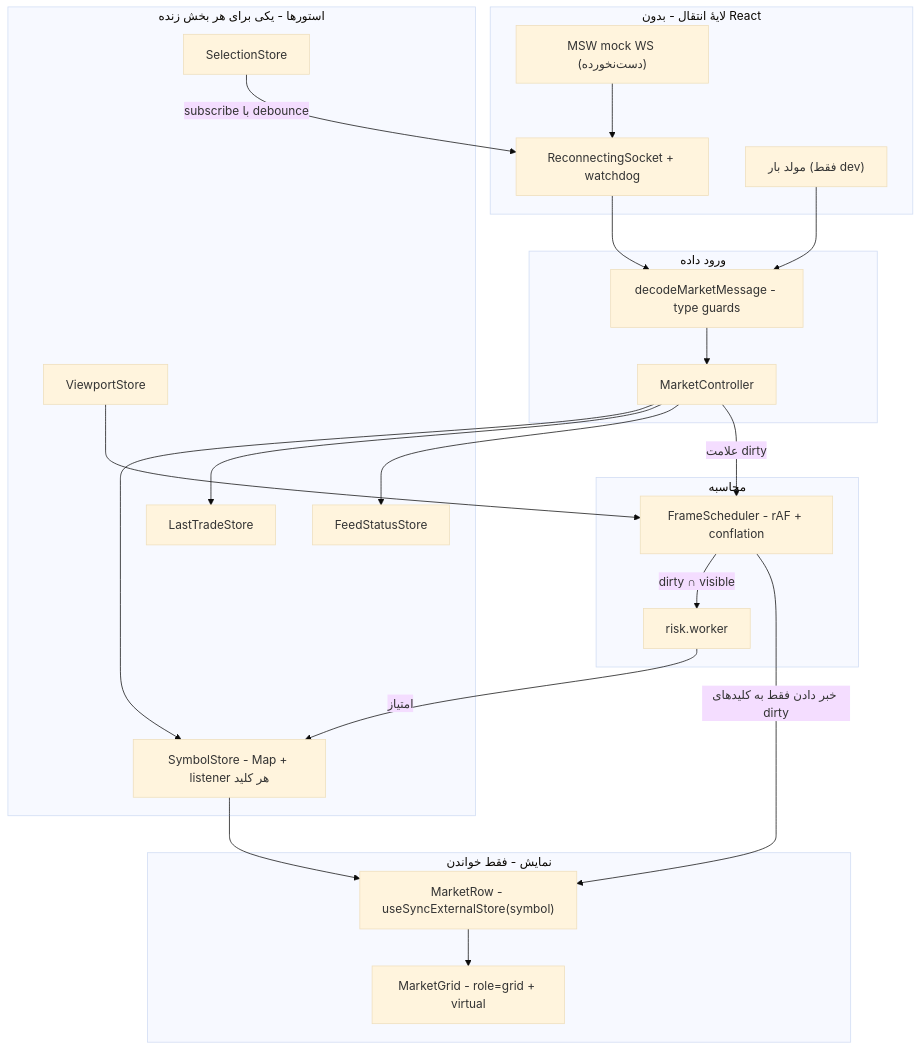
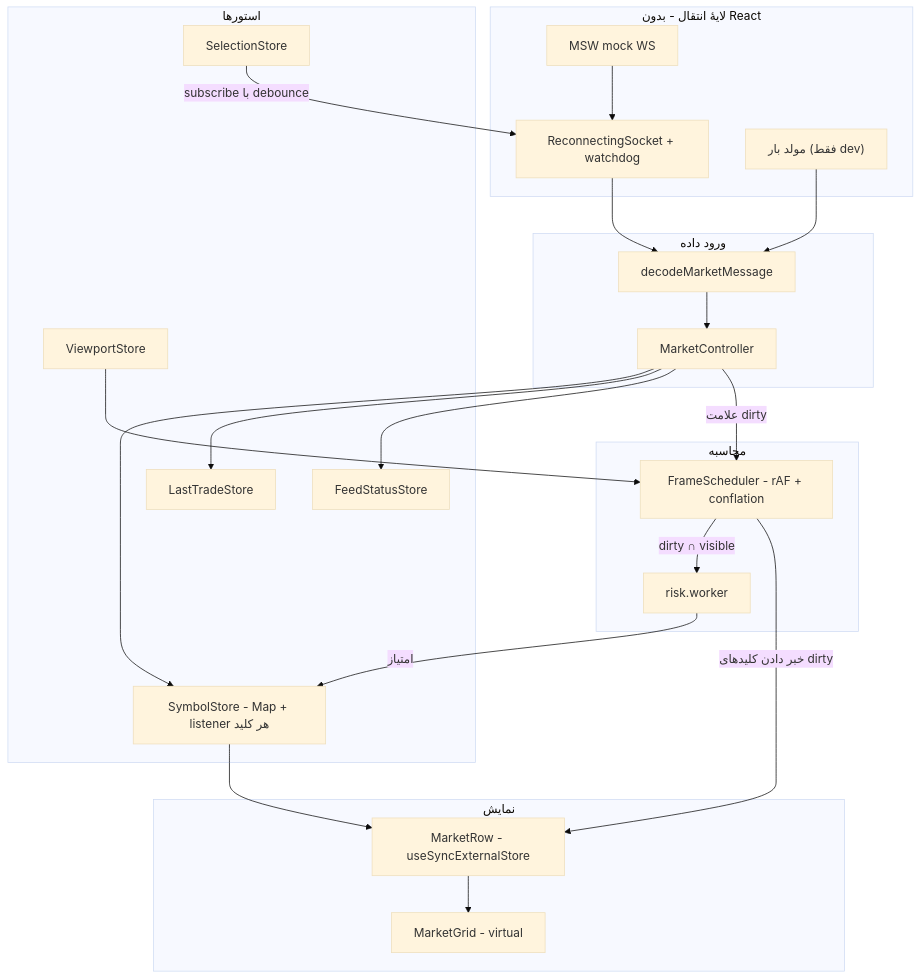
The diagram in ARCHITECTURE.md (soheilhasanjani/charisma), drawn with Mermaid (base theme) before and after one commit. The commit also changed other lines of this file and 8 other files, not shown here.

First line of the commit message:
docs: update architecture documentation for clarity and accuracy

````diff
--- a/ARCHITECTURE.md
+++ b/ARCHITECTURE.md
@@ -24,42 +24,42 @@
 ```mermaid
 flowchart TB
     subgraph transport [لایهٔ انتقال - بدون React]
-      MSW["MSW mock WS (دست‌نخورده)"]
+      MSW["MSW mock WS"]
       Socket["ReconnectingSocket + watchdog"]
       LoadGen["مولد بار (فقط dev)"]
     end
     subgraph ingest [ورود داده]
-      Decode["decodeMarketMessage - type guards"]
+      Decode["decodeMarketMessage"]
       Controller["MarketController"]
     end
-    subgraph state [استورها - یکی برای هر بخش زنده]
+    subgraph state [استورها]
       Symbols["SymbolStore - Map + listener هر کلید"]
       Trade["LastTradeStore"]
       Status["FeedStatusStore"]
       Selection["SelectionStore"]
       Viewport["ViewportStore"]
     end
     subgraph compute [محاسبه]
       Sched["FrameScheduler - rAF + conflation"]
       Worker["risk.worker"]
     end
-    subgraph view [نمایش - فقط خواندن]
-      Grid["MarketGrid - role=grid + virtual"]
-      Row["MarketRow - useSyncExternalStore(symbol)"]
+    subgraph view [نمایش]
+      Grid["MarketGrid - virtual"]
+      Row["MarketRow - useSyncExternalStore"]
     end
 
     MSW --> Socket --> Decode
     LoadGen --> Decode
     Decode --> Controller
     Controller --> Symbols
     Controller --> Trade
     Controller --> Status
     Controller -->|"علامت dirty"| Sched
     Sched -->|"dirty ∩ visible"| Worker
     Worker -->|"امتیاز"| Symbols
-    Sched -->|"خبر دادن فقط به کلیدهای dirty"| Row
+    Sched -->|"خبر دادن کلیدهای dirty"| Row
     Symbols --> Row
     Row --> Grid
     Viewport --> Sched
     Selection -->|"subscribe با debounce"| Socket
 ```
````
